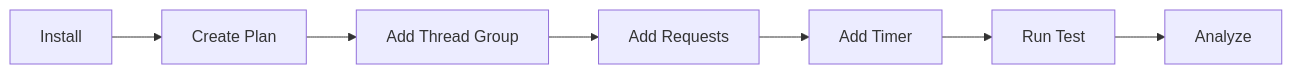
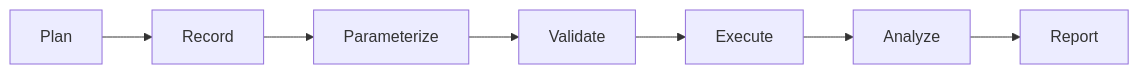
One commit to jeonck/jmeter-onboard changed the third of 3 diagrams in content/introduction.md. Above: the diagram before and after it, drawn with Mermaid. The commit also changed other lines of this file, not shown here.

Commit message:
Update introduction with detailed learning roadmap and content structure

````diff
--- a/content/introduction.md
+++ b/content/introduction.md
@@ -51,9 +152,9 @@
 ```mermaid
 flowchart LR
-    A[Install] --> B[Create Plan]
-    B --> C[Add Thread Group]
-    C --> D[Add Requests]
-    D --> E[Add Timer]
-    E --> F[Run Test]
-    F --> G[Analyze]
+    A[Plan] --> B[Record]
+    B --> C[Parameterize]
+    C --> D[Validate]
+    D --> E[Execute]
+    E --> F[Analyze]
+    F --> G[Report]
 ```
````
